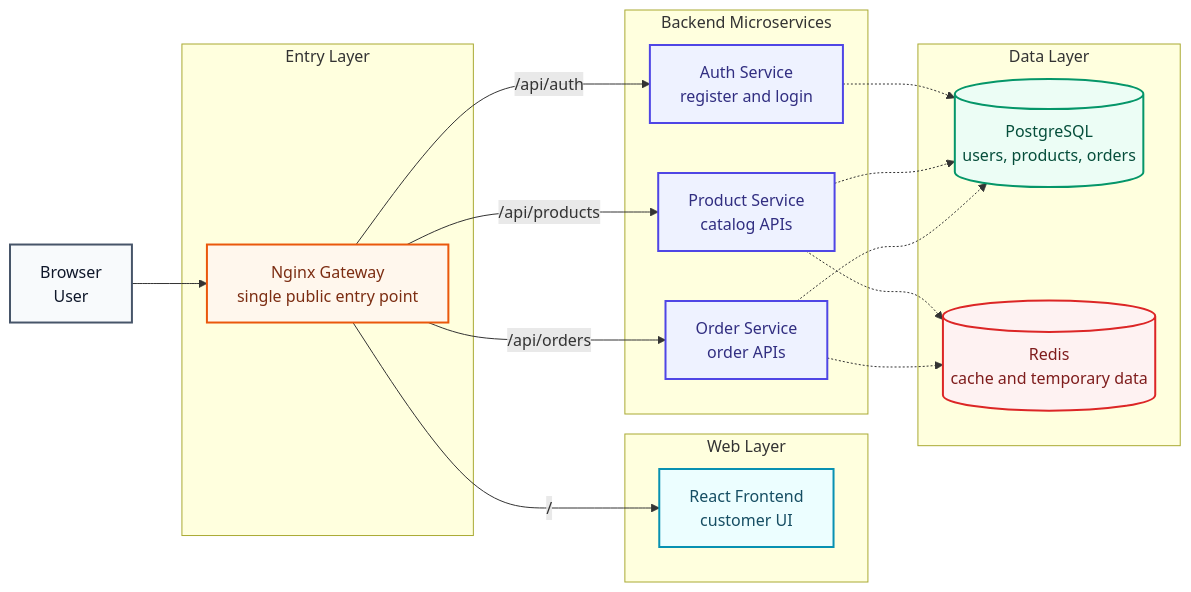
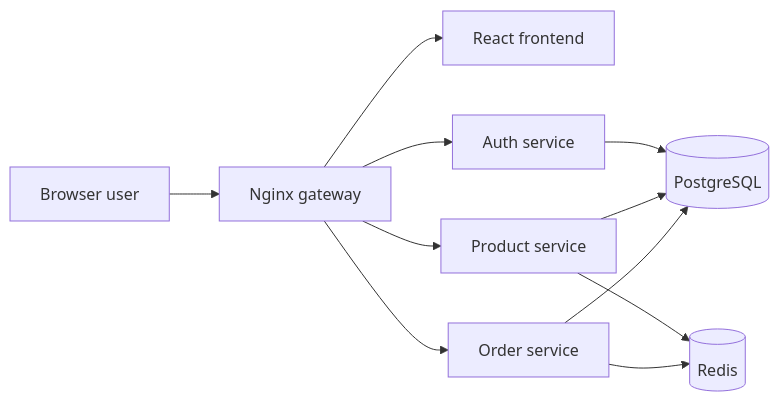
One commit to agravi987/Complete-DevOps-Project-Guide changed the diagram in README.md. Above: the diagram before and after it, drawn with Mermaid. The commit also changed other lines of this file and 82 other files, not shown here.

````diff
--- a/README.md
+++ b/README.md
@@ -41,42 +73,22 @@
 ```mermaid
 flowchart LR
-    browser["Browser<br/>User"]:::user
-
-    subgraph edge["Entry Layer"]
-        gateway["Nginx Gateway<br/>single public entry point"]:::gateway
-    end
-
-    subgraph web["Web Layer"]
-        frontend["React Frontend<br/>customer UI"]:::frontend
-    end
-
-    subgraph api["Backend Microservices"]
-        auth["Auth Service<br/>register and login"]:::service
-        product["Product Service<br/>catalog APIs"]:::service
-        orderApi["Order Service<br/>order APIs"]:::service
-    end
-
-    subgraph data["Data Layer"]
-        postgres[("PostgreSQL<br/>users, products, orders")]:::database
-        redis[("Redis<br/>cache and temporary data")]:::cache
-    end
+    browser["Browser user"]
+    gateway["Nginx gateway"]
+    frontend["React frontend"]
+    auth["Auth service"]
+    product["Product service"]
+    orderApi["Order service"]
+    postgres[("PostgreSQL")]
+    redis[("Redis")]
 
     browser --> gateway
-    gateway -- "/" --> frontend
-    gateway -- "/api/auth" --> auth
-    gateway -- "/api/products" --> product
-    gateway -- "/api/orders" --> orderApi
-
-    auth -.-> postgres
-    product -.-> postgres
-    orderApi -.-> postgres
-    product -.-> redis
-    orderApi -.-> redis
-
-    classDef user fill:#f8fafc,stroke:#475569,color:#0f172a,stroke-width:2px;
-    classDef gateway fill:#fff7ed,stroke:#ea580c,color:#7c2d12,stroke-width:2px;
-    classDef frontend fill:#ecfeff,stroke:#0891b2,color:#164e63,stroke-width:2px;
-    classDef service fill:#eef2ff,stroke:#4f46e5,color:#312e81,stroke-width:2px;
-    classDef database fill:#ecfdf5,stroke:#059669,color:#064e3b,stroke-width:2px;
-    classDef cache fill:#fef2f2,stroke:#dc2626,color:#7f1d1d,stroke-width:2px;
+    gateway --> frontend
+    gateway --> auth
+    gateway --> product
+    gateway --> orderApi
+    auth --> postgres
+    product --> postgres
+    orderApi --> postgres
+    product --> redis
+    orderApi --> redis
 ```
````
